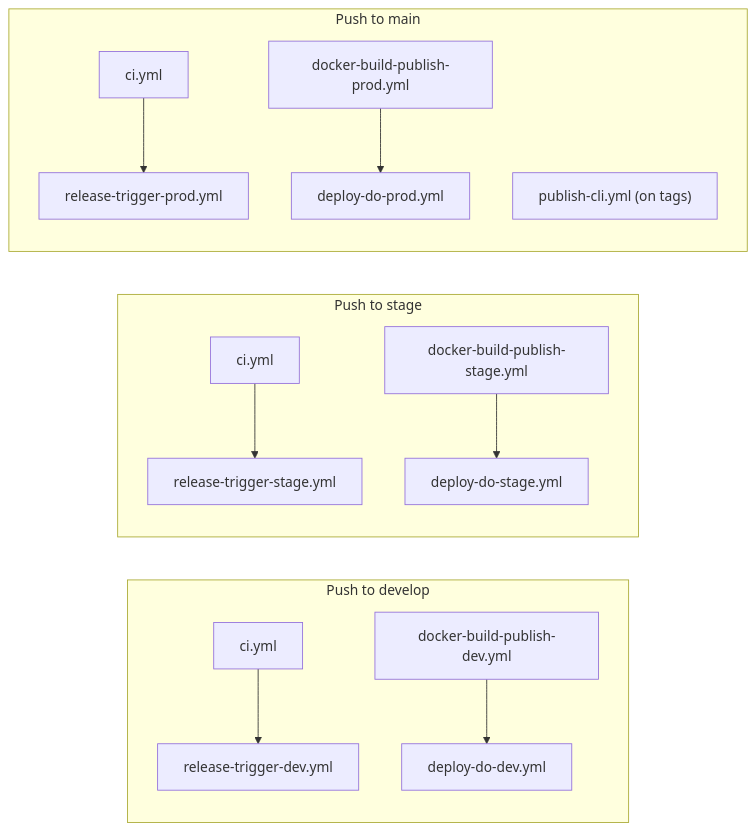
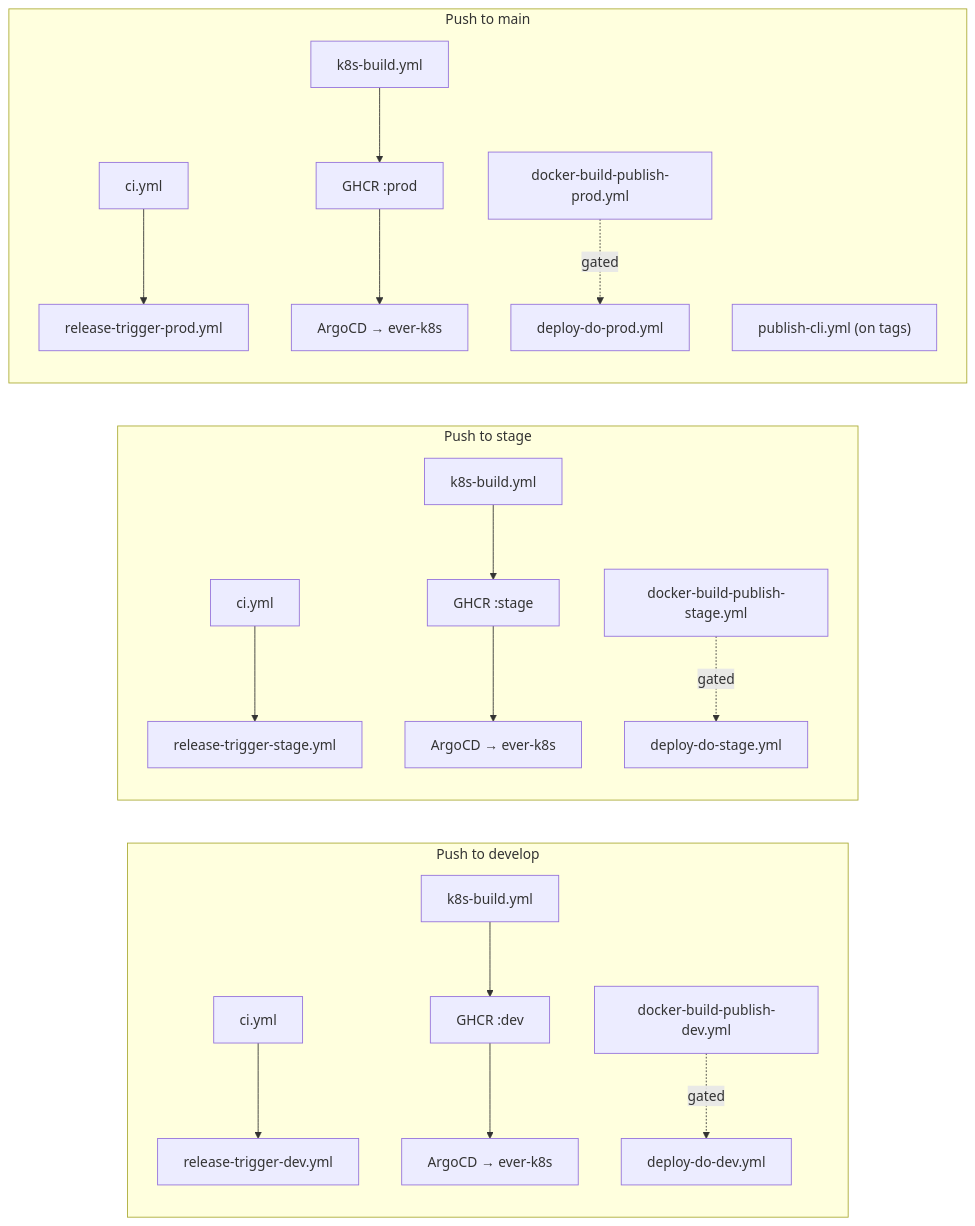
The first of 2 diagrams in docs/devops/github-workflows-deep-dive.md (ever-works/ever-works), drawn with Mermaid before and after one commit. The commit also changed other lines of this file, not shown here.

Commit message:
docs: correct env hostnames and document the live GHCR/ArgoCD deploy path

````diff
--- a/docs/devops/github-workflows-deep-dive.md
+++ b/docs/devops/github-workflows-deep-dive.md
@@ -30,16 +42,19 @@
 ```mermaid
 flowchart LR
     subgraph develop["Push to develop"]
         ci_dev["ci.yml"] --> trigger_dev["release-trigger-dev.yml"]
-        docker_dev["docker-build-publish-dev.yml"] --> deploy_dev["deploy-do-dev.yml"]
+        k8s_dev["k8s-build.yml"] --> ghcr_dev["GHCR :dev"] --> argo_dev["ArgoCD → ever-k8s"]
+        docker_dev["docker-build-publish-dev.yml"] -.gated.-> deploy_dev["deploy-do-dev.yml"]
     end
     subgraph stage["Push to stage"]
         ci_stage["ci.yml"] --> trigger_stage["release-trigger-stage.yml"]
-        docker_stage["docker-build-publish-stage.yml"] --> deploy_stage["deploy-do-stage.yml"]
+        k8s_stage["k8s-build.yml"] --> ghcr_stage["GHCR :stage"] --> argo_stage["ArgoCD → ever-k8s"]
+        docker_stage["docker-build-publish-stage.yml"] -.gated.-> deploy_stage["deploy-do-stage.yml"]
     end
     subgraph main["Push to main"]
         ci_main["ci.yml"] --> trigger_prod["release-trigger-prod.yml"]
-        docker_main["docker-build-publish-prod.yml"] --> deploy_prod["deploy-do-prod.yml"]
+        k8s_main["k8s-build.yml"] --> ghcr_main["GHCR :prod"] --> argo_prod["ArgoCD → ever-k8s"]
+        docker_main["docker-build-publish-prod.yml"] -.gated.-> deploy_prod["deploy-do-prod.yml"]
         publish["publish-cli.yml (on tags)"]
     end
 ```
````
